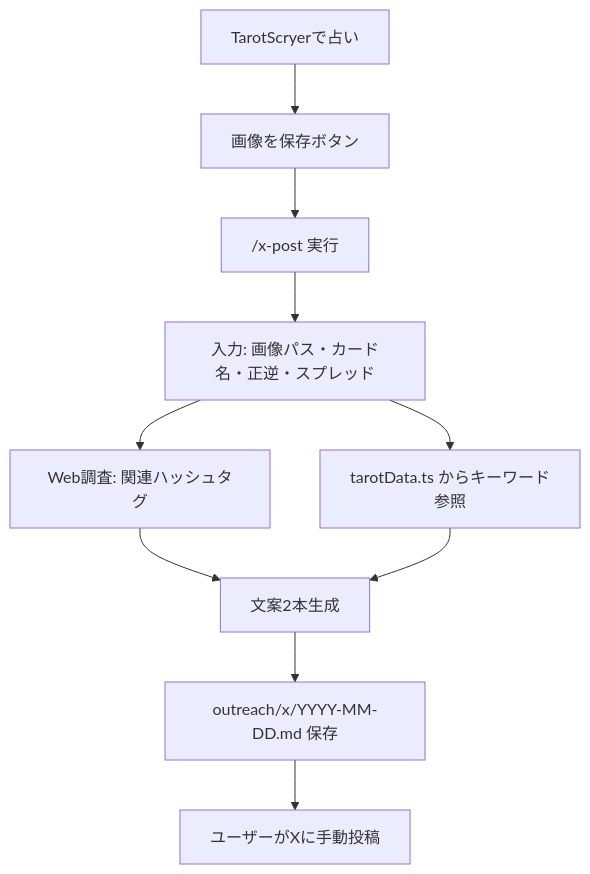
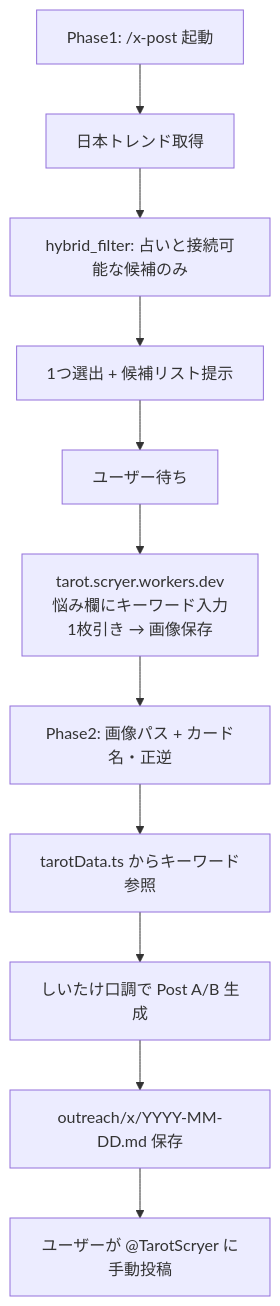
Before and after one commit to masasikatano/tarot: the diagram in spec_x.md, drawn with Mermaid. The commit also changed other lines of this file and 8 other files, not shown here.

````diff
--- a/spec_x.md
+++ b/spec_x.md
@@ -97,12 +143,13 @@
 ```mermaid
 flowchart TD
-  userApp[TarotScryerで占い] --> saveImg[画像を保存ボタン]
-  saveImg --> invokeSkill["/x-post 実行"]
-  invokeSkill --> collectInput["入力: 画像パス・カード名・正逆・スプレッド"]
-  collectInput --> webSearch["Web調査: 関連ハッシュタグ"]
-  collectInput --> readCards["tarotData.ts からキーワード参照"]
-  webSearch --> draftPosts["文案2本生成"]
-  readCards --> draftPosts
+  phase1["Phase1: /x-post 起動"] --> fetch["日本トレンド取得"]
+  fetch --> filter["hybrid_filter: 占いと接続可能な候補のみ"]
+  filter --> pick["1つ選出 + 候補リスト提示"]
+  pick --> wait["ユーザー待ち"]
+  wait --> app["tarot.scryer.workers.dev\n悩み欄にキーワード入力\n1枚引き → 画像保存"]
+  app --> phase2["Phase2: 画像パス + カード名・正逆"]
+  phase2 --> readCards["tarotData.ts からキーワード参照"]
+  readCards --> draftPosts["しいたけ口調で Post A/B 生成"]
   draftPosts --> writeMd["outreach/x/YYYY-MM-DD.md 保存"]
-  writeMd --> manualPost["ユーザーがXに手動投稿"]
+  writeMd --> manualPost["ユーザーが @TarotScryer に手動投稿"]
 ```
````
